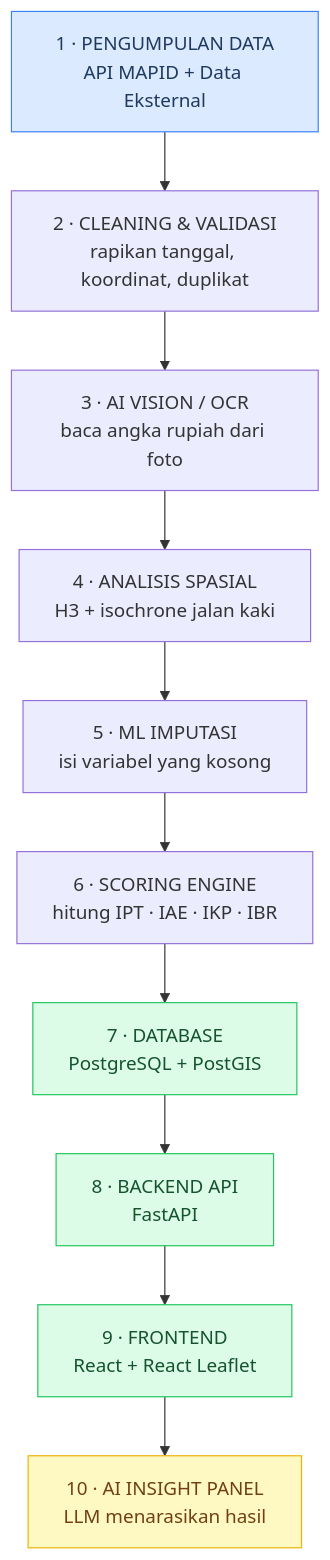
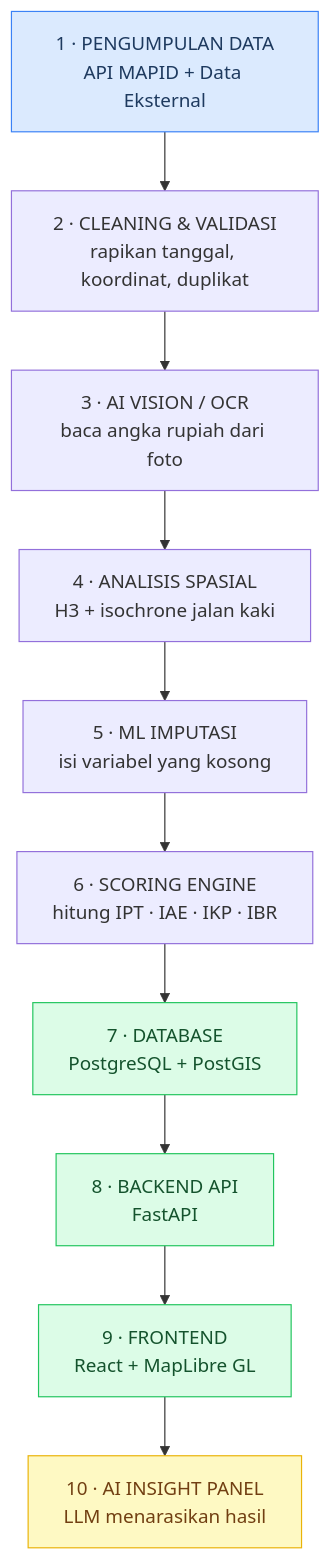
Before and after one commit to Fijarsatria/loconomics: the first of 4 diagrams in docs/alur-sistem.md, drawn with Mermaid. The commit also changed other lines of this file and 93 other files, not shown here.

````diff
--- a/docs/alur-sistem.md
+++ b/docs/alur-sistem.md
@@ -54,18 +54,18 @@
 ```mermaid
 flowchart TD
     A["1 · PENGUMPULAN DATA<br/>API MAPID + Data Eksternal"] --> B["2 · CLEANING & VALIDASI<br/>rapikan tanggal, koordinat, duplikat"]
     B --> C["3 · AI VISION / OCR<br/>baca angka rupiah dari foto"]
     C --> D["4 · ANALISIS SPASIAL<br/>H3 + isochrone jalan kaki"]
     D --> E["5 · ML IMPUTASI<br/>isi variabel yang kosong"]
     E --> F["6 · SCORING ENGINE<br/>hitung IPT · IAE · IKP · IBR"]
     F --> G["7 · DATABASE<br/>PostgreSQL + PostGIS"]
     G --> H["8 · BACKEND API<br/>FastAPI"]
-    H --> I["9 · FRONTEND<br/>React + React Leaflet"]
+    H --> I["9 · FRONTEND<br/>React + MapLibre GL"]
     I --> J["10 · AI INSIGHT PANEL<br/>LLM menarasikan hasil"]
 
     style A fill:#dbeafe,stroke:#3b82f6,color:#1e3a5f
     style G fill:#dcfce7,stroke:#22c55e,color:#14532d
     style H fill:#dcfce7,stroke:#22c55e,color:#14532d
     style I fill:#dcfce7,stroke:#22c55e,color:#14532d
     style J fill:#fef9c3,stroke:#eab308,color:#713f12
 ```
````
